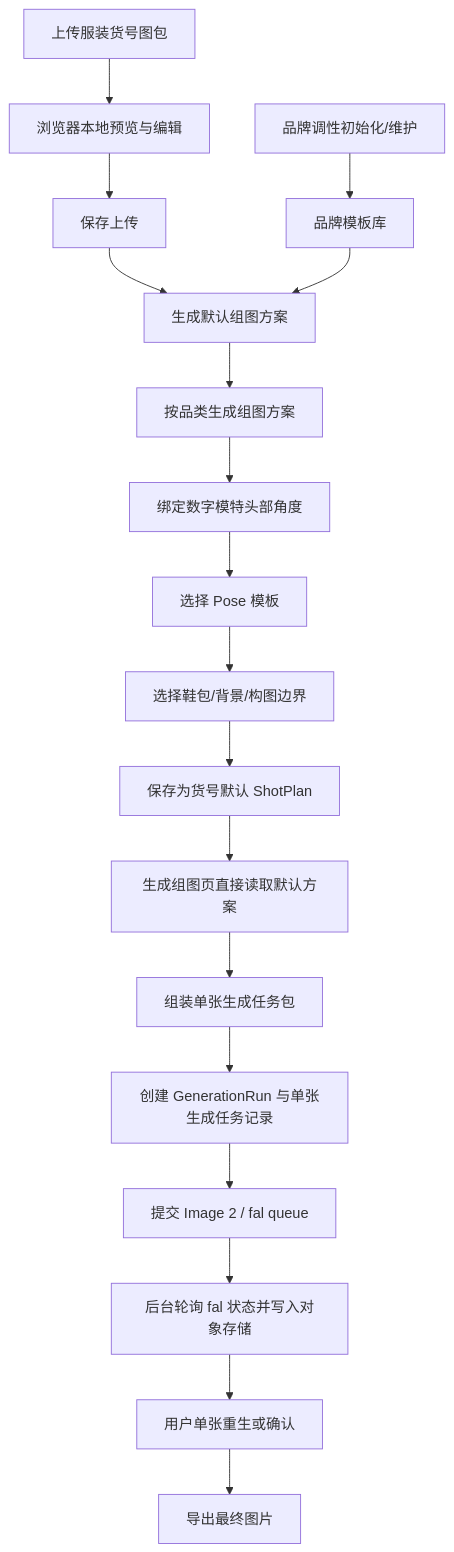
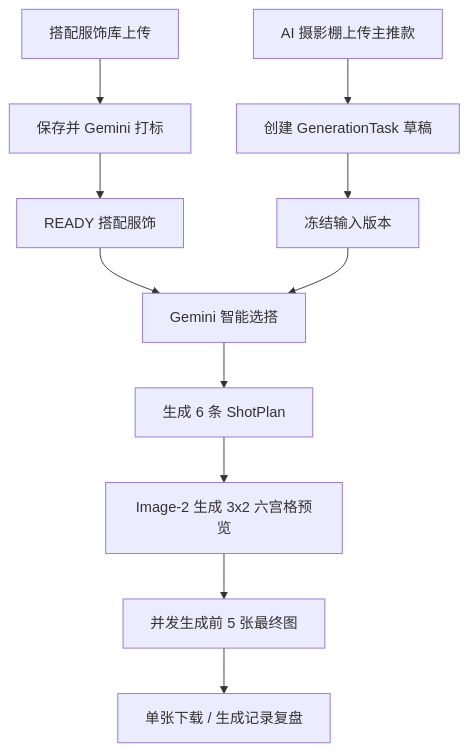
One commit to happyvchen/ruyi-dream changed the diagram in design/01_generation_flow/generation_flow.md. Above: the diagram before and after it, drawn with Mermaid. The commit also changed other lines of this file and 23 other files, not shown here.

````diff
--- a/design/01_generation_flow/generation_flow.md
+++ b/design/01_generation_flow/generation_flow.md
@@ -5,20 +7,13 @@
 ```mermaid
 flowchart TD
-  A0["品牌调性初始化/维护"] --> A1["品牌模板库"]
-  A["上传服装货号图包"] --> A2["浏览器本地预览与编辑"]
-  A2 --> A3["保存上传"]
-  A3 --> E["生成默认组图方案"]
-  A1 --> E
-  E --> E1["按品类生成组图方案"]
-  E1 --> E2["绑定数字模特头部角度"]
-  E2 --> E3["选择 Pose 模板"]
-  E3 --> E4["选择鞋包/背景/构图边界"]
-  E4 --> E5["保存为货号默认 ShotPlan"]
-  E5 --> F["生成组图页直接读取默认方案"]
-  F --> F1["组装单张生成任务包"]
-  F1 --> G0["创建 GenerationRun 与单张生成任务记录"]
-  G0 --> G1["提交 Image 2 / fal queue"]
-  G1 --> G2["后台轮询 fal 状态并写入对象存储"]
-  G2 --> H["用户单张重生或确认"]
-  H --> I["导出最终图片"]
+  A["搭配服饰库上传"] --> B["保存并 Gemini 打标"]
+  B --> C["READY 搭配服饰"]
+  D["AI 摄影棚上传主推款"] --> E["创建 GenerationTask 草稿"]
+  E --> F["冻结输入版本"]
+  C --> G["Gemini 智能选搭"]
+  F --> G
+  G --> H["生成 6 条 ShotPlan"]
+  H --> I["Image-2 生成 3x2 六宫格预览"]
+  I --> J["并发生成前 5 张最终图"]
+  J --> K["单张下载 / 生成记录复盘"]
 ```
````
